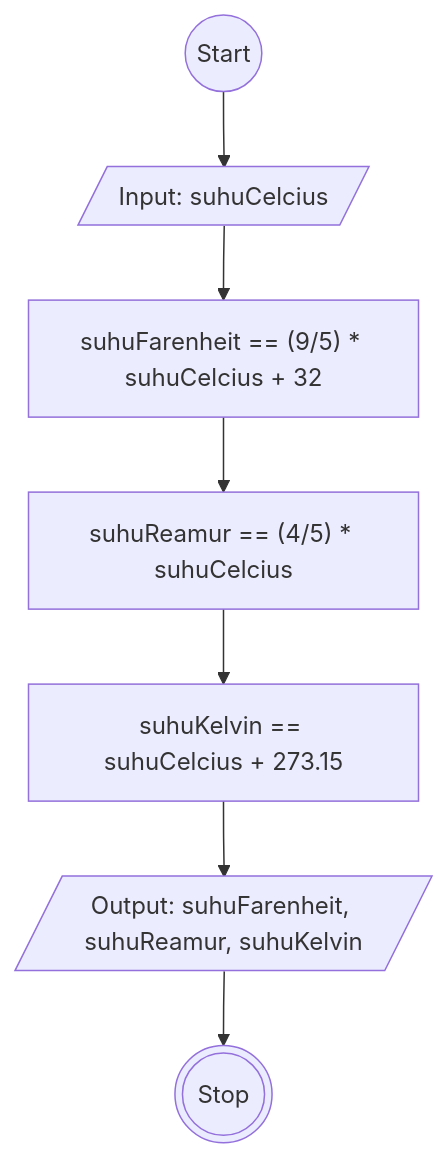
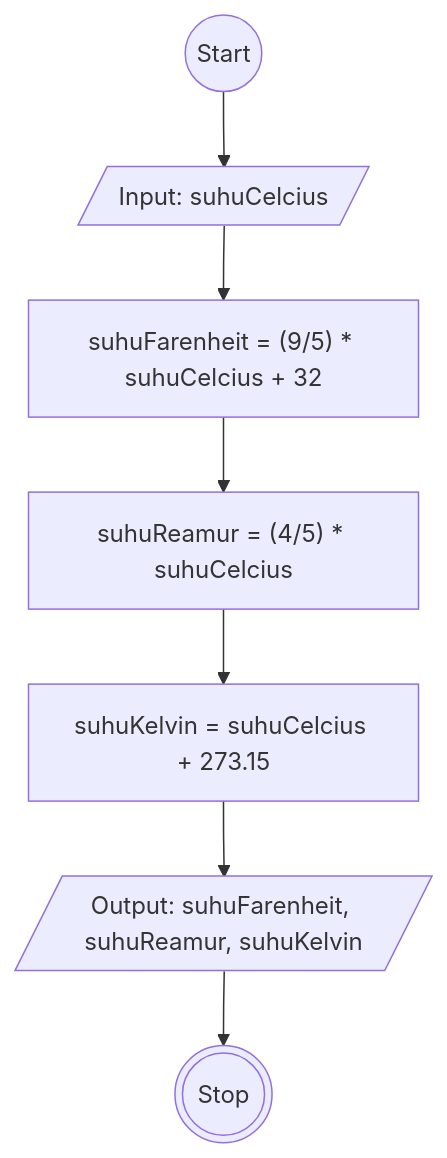
The diagram in algoritma-konversi-suhu.md (Vincentius31/koda-b6-algoritma), drawn with Mermaid before and after one commit.

````diff
--- a/algoritma-konversi-suhu.md
+++ b/algoritma-konversi-suhu.md
@@ -15,12 +15,12 @@
 ```mermaid
 flowchart TD
 idStart(("Start"))
 idInput[/"Input: suhuCelcius"/]
-idFarenheit["suhuFarenheit == (9/5) * suhuCelcius + 32"]
-idReamur["suhuReamur == (4/5) * suhuCelcius"]
-idKelvin["suhuKelvin == suhuCelcius + 273.15"]
+idFarenheit["suhuFarenheit = (9/5) * suhuCelcius + 32"]
+idReamur["suhuReamur = (4/5) * suhuCelcius"]
+idKelvin["suhuKelvin = suhuCelcius + 273.15"]
 idOutput[/"Output: suhuFarenheit, suhuReamur, suhuKelvin"/]
 idStop(((Stop)))
 
 idStart --> idInput --> idFarenheit --> idReamur --> idKelvin --> idOutput --> idStop
 ```
````
